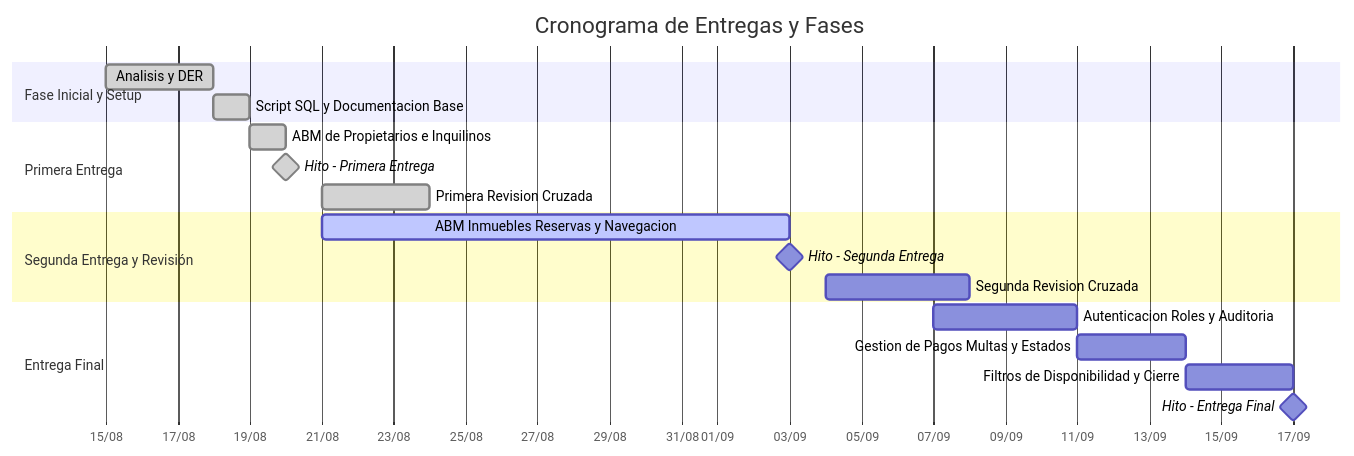
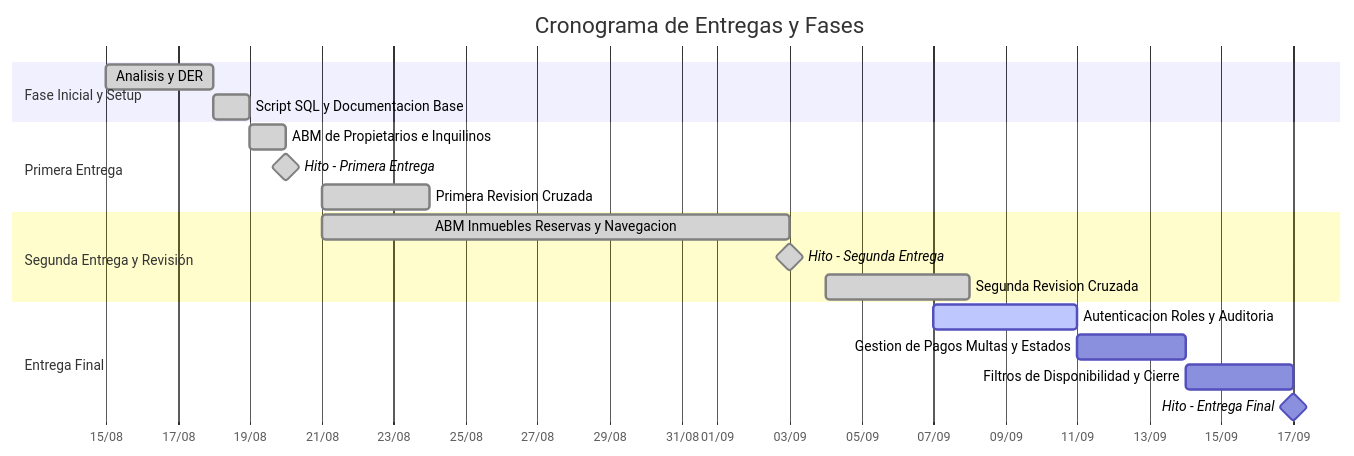
The diagram in docs/tareas/gantt.md (EmanuelAngel/inmobiliaria-angel), drawn with Mermaid before and after one commit. The commit also changed other lines of this file and 1 other file, not shown here.

Commit message:
docs: actualizar estado del proyecto

````diff
--- a/docs/tareas/gantt.md
+++ b/docs/tareas/gantt.md
@@ -5,26 +5,26 @@
 ```mermaid
 gantt
     title Cronograma de Entregas y Fases
     dateFormat YYYY-MM-DD
     axisFormat %d/%m
 
     section Fase Inicial y Setup
     Analisis y DER                         :done, a1, 2026-08-15, 2026-08-18
     Script SQL y Documentacion Base        :done, a2, 2026-08-18, 2026-08-19
 
     section Primera Entrega
     ABM de Propietarios e Inquilinos       :done, pe1, 2026-08-19, 2026-08-20
     Hito - Primera Entrega                 :done, milestone, m1, 2026-08-20, 0d
     Primera Revision Cruzada               :done, rev1, 2026-08-21, 2026-08-24
 
     section Segunda Entrega y Revisión
-    ABM Inmuebles Reservas y Navegacion    :active, se1, 2026-08-21, 2026-09-03
-    Hito - Segunda Entrega                 :milestone, m2, 2026-09-03, 0d
-    Segunda Revision Cruzada               :rev2, 2026-09-04, 2026-09-08
+    ABM Inmuebles Reservas y Navegacion    :done, se1, 2026-08-21, 2026-09-03
+    Hito - Segunda Entrega                 :done, milestone, m2, 2026-09-03, 0d
+    Segunda Revision Cruzada               :done, rev2, 2026-09-04, 2026-09-08
 
     section Entrega Final
-    Autenticacion Roles y Auditoria        :ef1, 2026-09-07, 2026-09-11
+    Autenticacion Roles y Auditoria        :active, ef1, 2026-09-07, 2026-09-11
     Gestion de Pagos Multas y Estados      :ef2, 2026-09-11, 2026-09-14
     Filtros de Disponibilidad y Cierre     :ef3, 2026-09-14, 2026-09-17
     Hito - Entrega Final                   :milestone, m3, 2026-09-17, 0d
 ```
````
